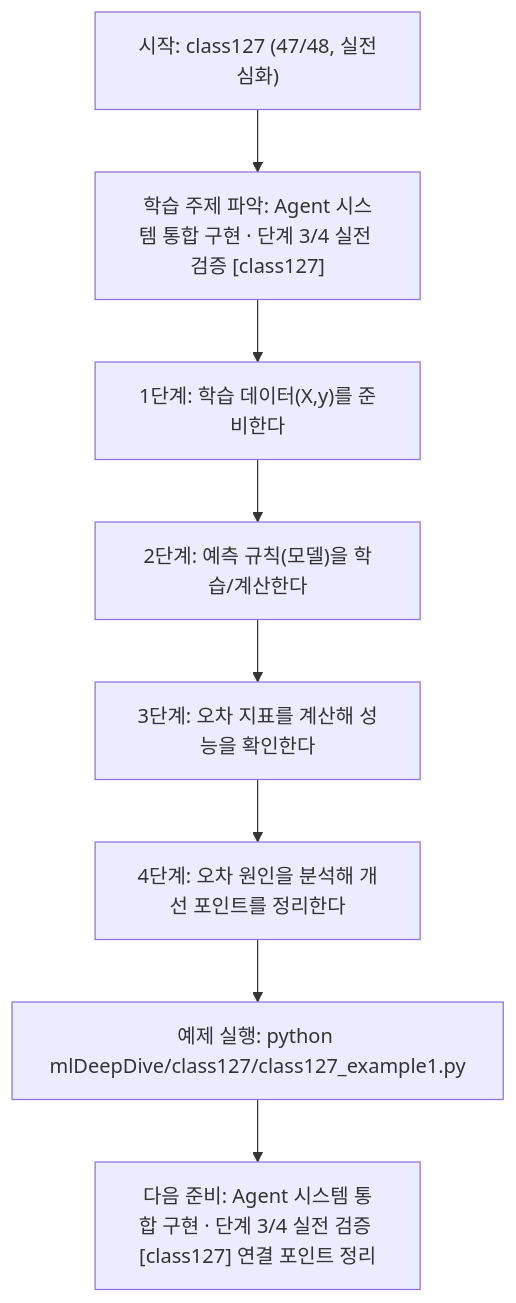
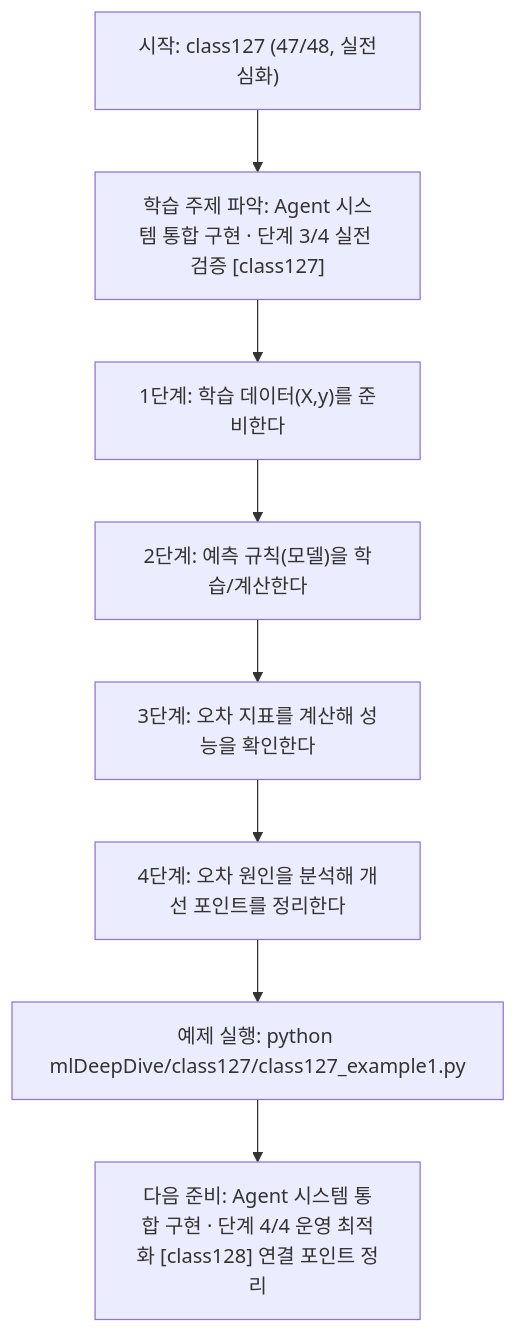
One commit to edumgt/Python-AI_Agent-Class changed the diagram in mlDeepDive/class127/class127.md. Above: the diagram before and after it, drawn with Mermaid. The commit also changed other lines of this file and 338 other files, not shown here.

````diff
--- a/mlDeepDive/class127/class127.md
+++ b/mlDeepDive/class127/class127.md
@@ -111,18 +91,18 @@
 ```mermaid
 flowchart TD
 N1["시작: class127 (47/48, 실전심화)"]
 N2["학습 주제 파악: Agent 시스템 통합 구현 · 단계 3/4 실전 검증 [class127]"]
 N3["1단계: 학습 데이터(X,y)를 준비한다"]
 N4["2단계: 예측 규칙(모델)을 학습/계산한다"]
 N5["3단계: 오차 지표를 계산해 성능을 확인한다"]
 N6["4단계: 오차 원인을 분석해 개선 포인트를 정리한다"]
 N7["예제 실행: python mlDeepDive/class127/class127_example1.py"]
-N8["다음 준비: Agent 시스템 통합 구현 · 단계 3/4 실전 검증 [class127] 연결 포인트 정리"]
+N8["다음 준비: Agent 시스템 통합 구현 · 단계 4/4 운영 최적화 [class128] 연결 포인트 정리"]
 N1 --> N2
 N2 --> N3
 N3 --> N4
 N4 --> N5
 N5 --> N6
 N6 --> N7
 N7 --> N8
 ```
````
